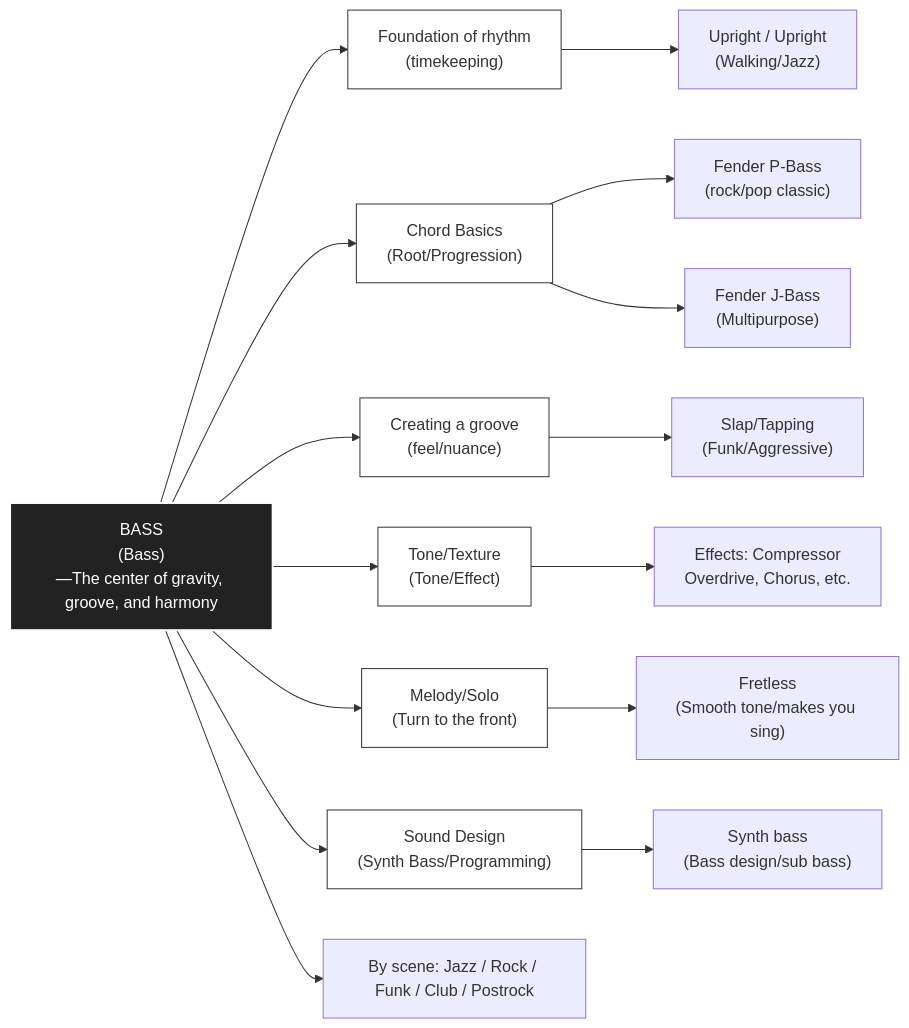
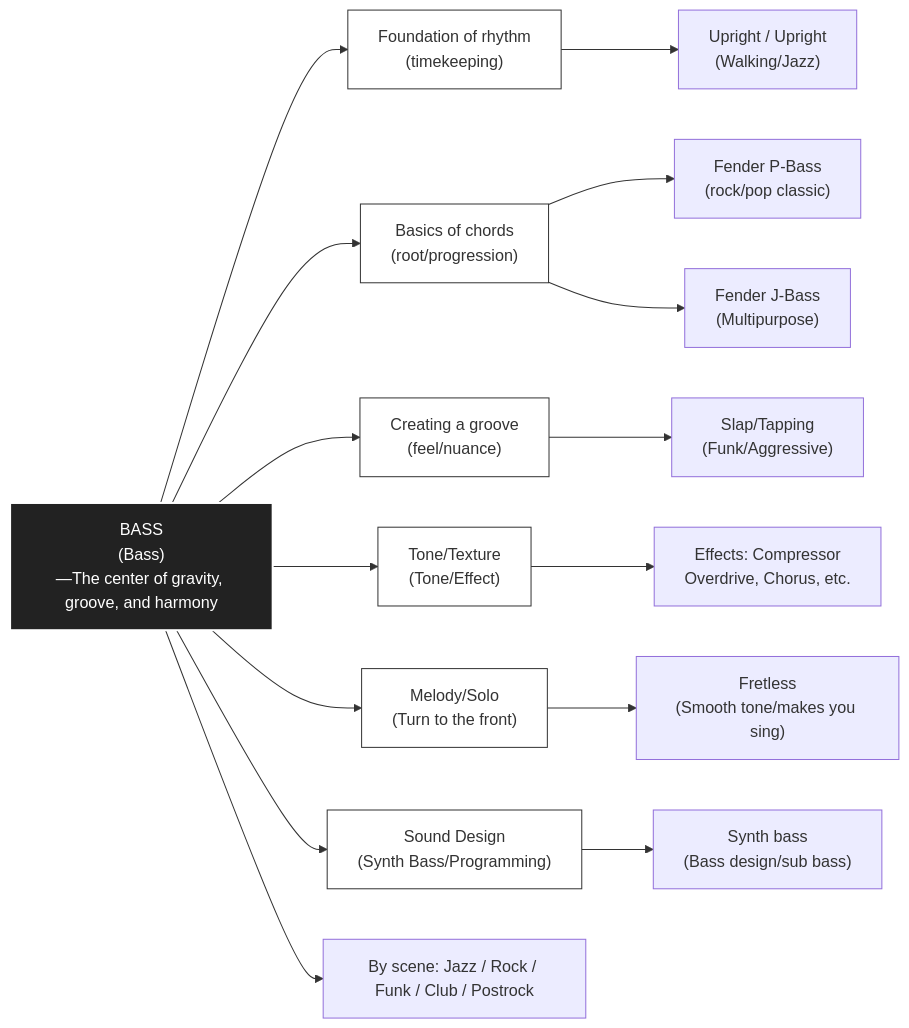
The second of 2 diagrams in en/_posts/2025-10-18-column-bassists.md (monumental-movement/monumental-movement.github.io), drawn with Mermaid before and after one commit. The commit also changed other lines of this file and 528 other files, not shown here.

```diff
--- a/en/_posts/2025-10-18-column-bassists.md
+++ b/en/_posts/2025-10-18-column-bassists.md
@@ -255,58 +255,58 @@
 <div class="mermaid">
 
 flowchart LR
 %% Center: Bass
 Bass["BASS\n(Bass)\n—The center of gravity, groove, and harmony"]
 
 
 %% Primary roles
 Rhythm["Foundation of rhythm\n(timekeeping)"]
-Harmony["Chord Basics\n(Root/Progression)"]
+Harmony["Basics of chords\n(root/progression)"]
 Groove["Creating a groove\n(feel/nuance)"]
 Texture["Tone/Texture\n(Tone/Effect)"]
 Lead["Melody/Solo\n(Turn to the front)"]
 Design["Sound Design\n(Synth Bass/Programming)"]
 
 
 %% Techniques/Instruments
 Upright["Upright / Upright\n(Walking/Jazz)"]
 P_Bass["Fender P-Bass\n(rock/pop classic)"]
 J_Bass["Fender J-Bass\n(Multipurpose)"]
 Fretless["Fretless\n(Smooth tone/makes you sing)"]
 Synth["Synth bass\n(Bass design/sub bass)"]
 Slap["Slap/Tapping\n(Funk/Aggressive)"]
 Effects["Effects: Compressor\nOverdrive, Chorus, etc."]
 
 
 %% Connections
 Bass --> Rhythm
 Bass --> Harmony
 Bass --> Groove
 Bass --> Texture
 Bass --> Lead
 Bass --> Design
 
 
 Groove --> Slap
 Texture --> Effects
 Design --> Synth
 Rhythm --> Upright
 Harmony --> P_Bass
 Harmony --> J_Bass
 Lead --> Fretless
 
 
 %% Context labels
 Scene1["By scene: Jazz / Rock / Funk / Club / Postrock"]
 Bass --> Scene1
 
 
 style Bass fill:#222,stroke:#fff,color:#fff,stroke-width:2px
 style Rhythm fill:#fff,stroke:#333
 style Harmony fill:#fff,stroke:#333
 style Groove fill:#fff,stroke:#333
 style Texture fill:#fff,stroke:#333
 style Lead fill:#fff,stroke:#333
 style Design fill:#fff,stroke:#333
 
 </div>
```
